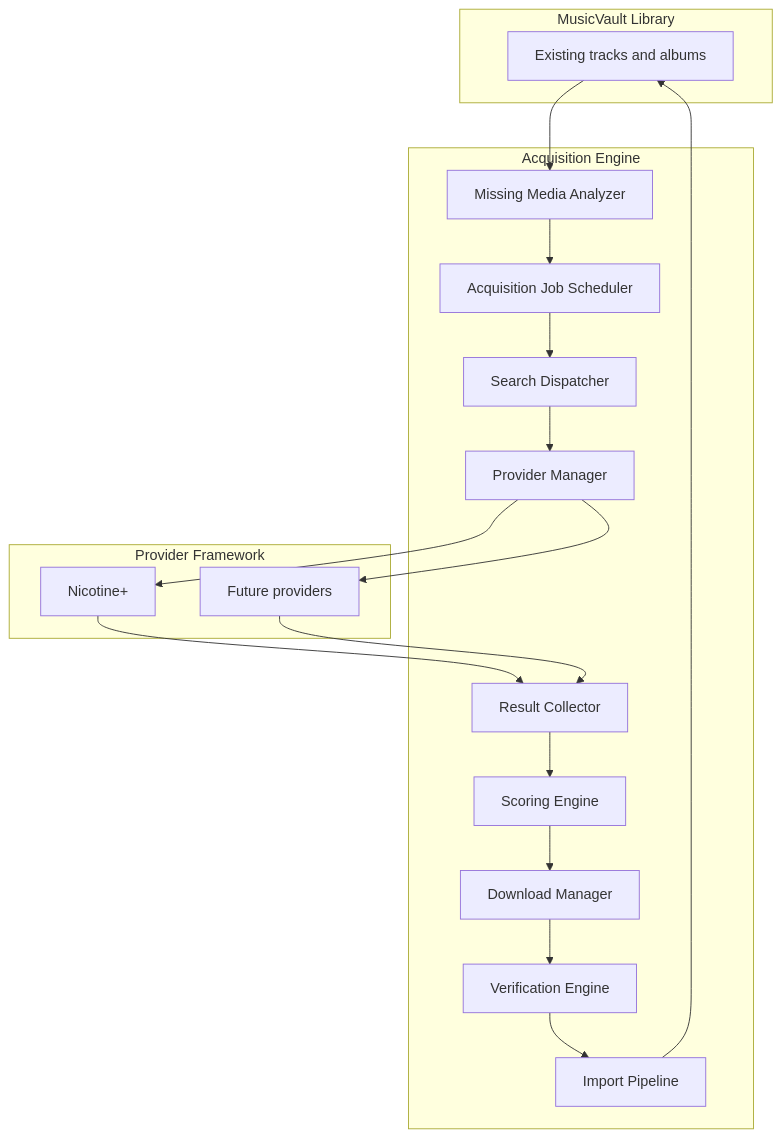
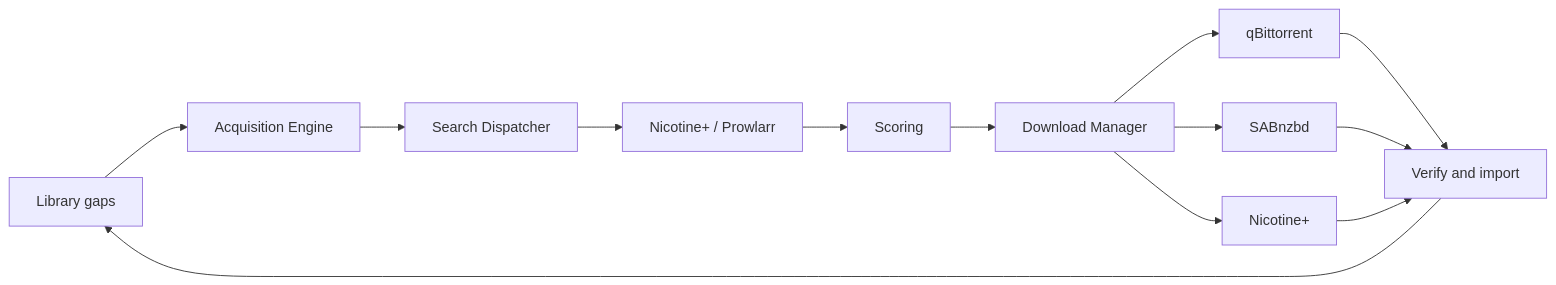
Before and after one commit to oceanmasterza/VaultSeek: the diagram in README.md, drawn with Mermaid. The commit also changed other lines of this file and 32 other files, not shown here.

Commit message:
Release VaultSeek 1.1.0: SABnzbd client, Prowlarr multi-download routing, health cleanup, and standalone docs.

````diff
--- a/README.md
+++ b/README.md
@@ -79,37 +47,15 @@
 ```mermaid
-flowchart TB
-    subgraph library [MusicVault Library]
-        MV[Existing tracks and albums]
-    end
-
-    subgraph engine [Acquisition Engine]
-        MMA[Missing Media Analyzer]
-        AJS[Acquisition Job Scheduler]
-        SD[Search Dispatcher]
-        PM[Provider Manager]
-        RC[Result Collector]
-        SE[Scoring Engine]
-        DM[Download Manager]
-        VE[Verification Engine]
-        IP[Import Pipeline]
-    end
-
-    subgraph providers [Provider Framework]
-        P1[Nicotine+]
-        P2[Future providers]
-    end
-
-  MV --> MMA
-  MMA --> AJS
-  AJS --> SD
-  SD --> PM
-  PM --> P1
-  PM --> P2
-  P1 --> RC
-  P2 --> RC
-  RC --> SE
-  SE --> DM
-  DM --> VE
-  VE --> IP
-  IP --> MV
+flowchart LR
+  Library[Library gaps] --> Engine[Acquisition Engine]
+  Engine --> Search[Search Dispatcher]
+  Search --> Providers[Nicotine+ / Prowlarr]
+  Providers --> Score[Scoring]
+  Score --> DL[Download Manager]
+  DL --> QBit[qBittorrent]
+  DL --> SAB[SABnzbd]
+  DL --> Nic[Nicotine+]
+  QBit --> Verify[Verify and import]
+  SAB --> Verify
+  Nic --> Verify
+  Verify --> Library
 ```
````
